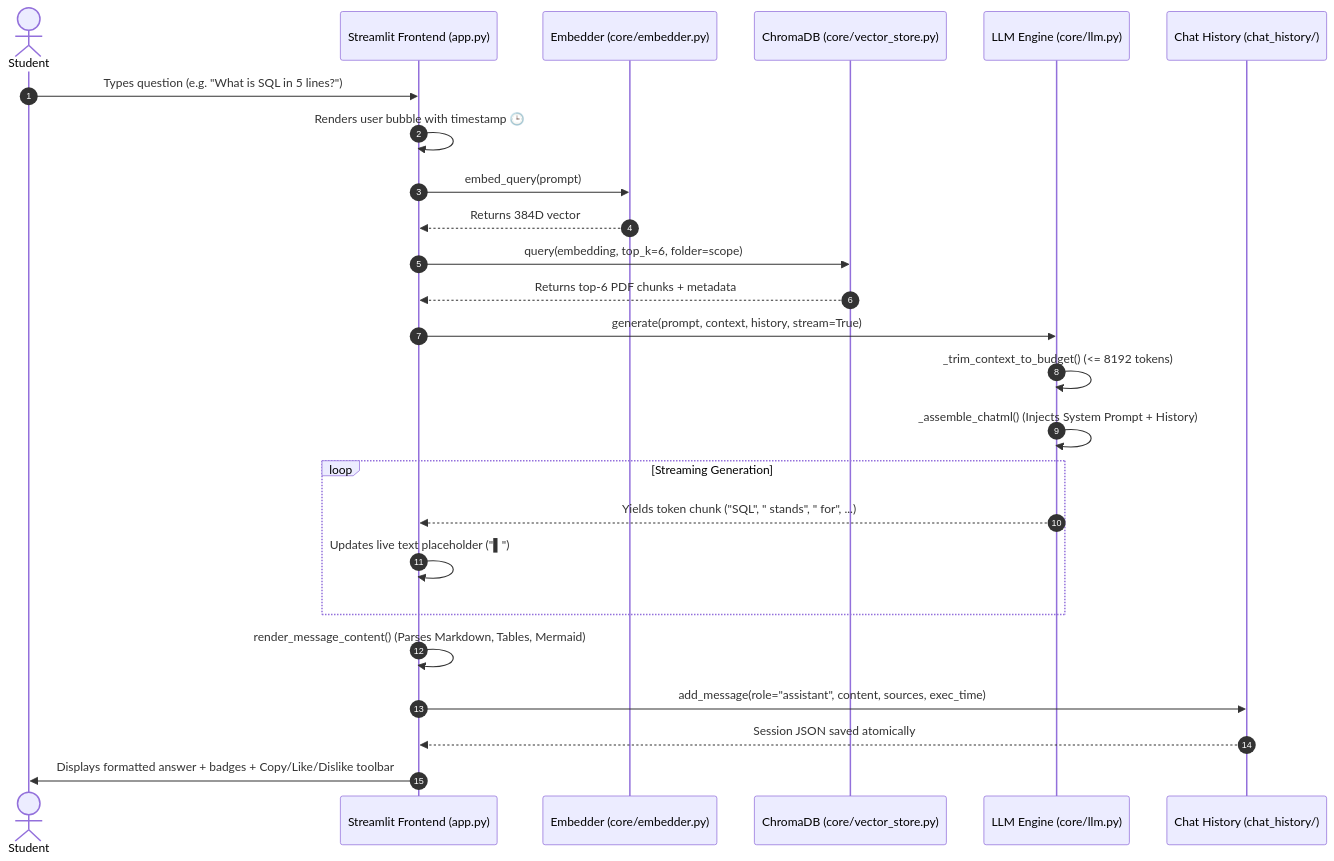
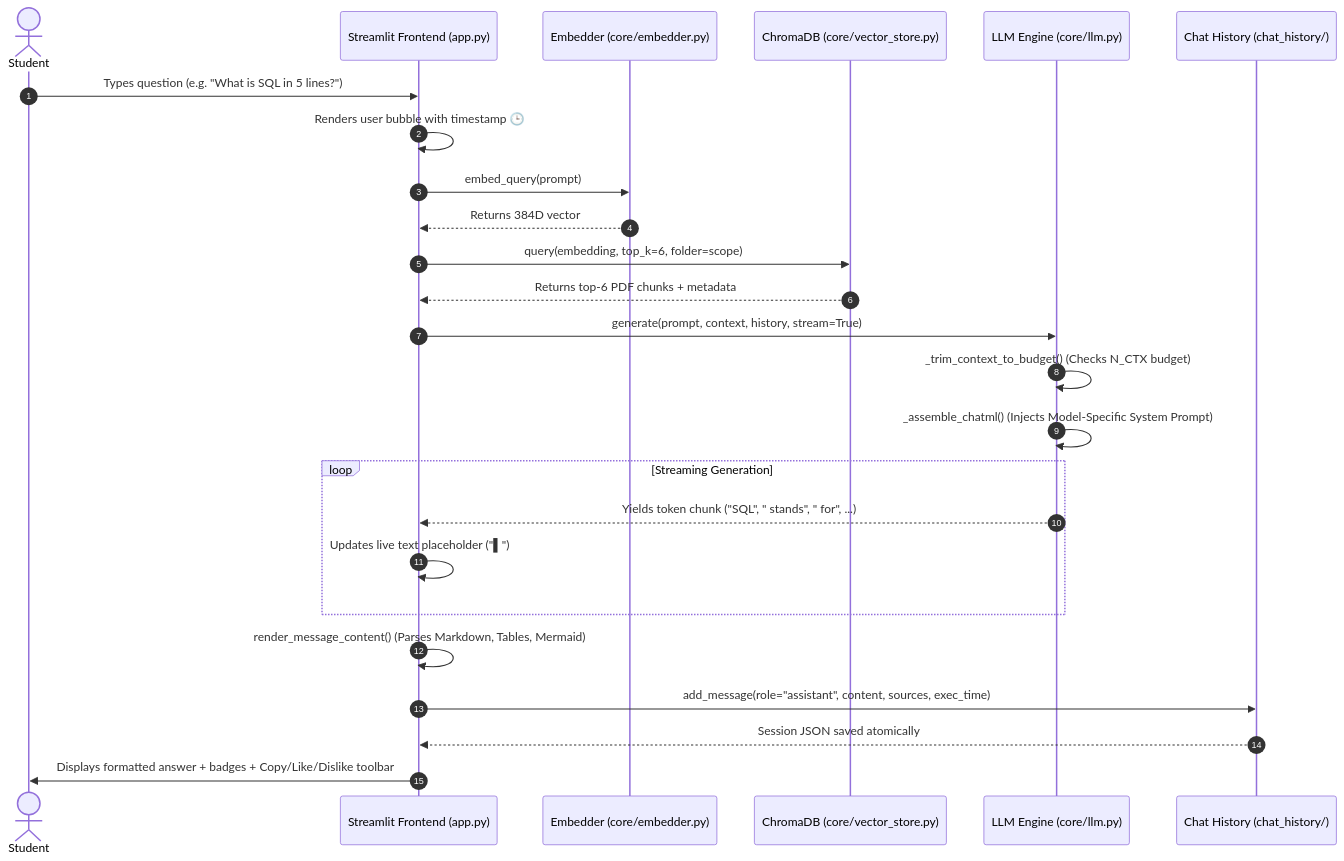
Before and after one commit to Sujalkathait/docmind-RaG: the third of 3 diagrams in README.md, drawn with Mermaid. The commit also changed other lines of this file and 8 other files, not shown here.

Commit message:
Update DocMind system prompt framework, model configurations, and comprehensive README documentation

````diff
--- a/README.md
+++ b/README.md
@@ -235,28 +220,28 @@
 ```mermaid
 sequenceDiagram
     autonumber
     actor Student
     participant UI as Streamlit Frontend (app.py)
     participant Embed as Embedder (core/embedder.py)
     participant VDB as ChromaDB (core/vector_store.py)
     participant LLM as LLM Engine (core/llm.py)
     participant Disk as Chat History (chat_history/)
 
     Student->>UI: Types question (e.g. "What is SQL in 5 lines?")
     UI->>UI: Renders user bubble with timestamp 🕒
     UI->>Embed: embed_query(prompt)
     Embed-->>UI: Returns 384D vector
     UI->>VDB: query(embedding, top_k=6, folder=scope)
     VDB-->>UI: Returns top-6 PDF chunks + metadata
     UI->>LLM: generate(prompt, context, history, stream=True)
-    LLM->>LLM: _trim_context_to_budget() (<= 8192 tokens)
-    LLM->>LLM: _assemble_chatml() (Injects System Prompt + History)
+    LLM->>LLM: _trim_context_to_budget() (Checks N_CTX budget)
+    LLM->>LLM: _assemble_chatml() (Injects Model-Specific System Prompt)
     loop Streaming Generation
         LLM-->>UI: Yields token chunk ("SQL", " stands", " for", ...)
         UI->>UI: Updates live text placeholder ("▌")
     end
     UI->>UI: render_message_content() (Parses Markdown, Tables, Mermaid)
     UI->>Disk: add_message(role="assistant", content, sources, exec_time)
     Disk-->>UI: Session JSON saved atomically
     UI->>Student: Displays formatted answer + badges + Copy/Like/Dislike toolbar
 ```
````
